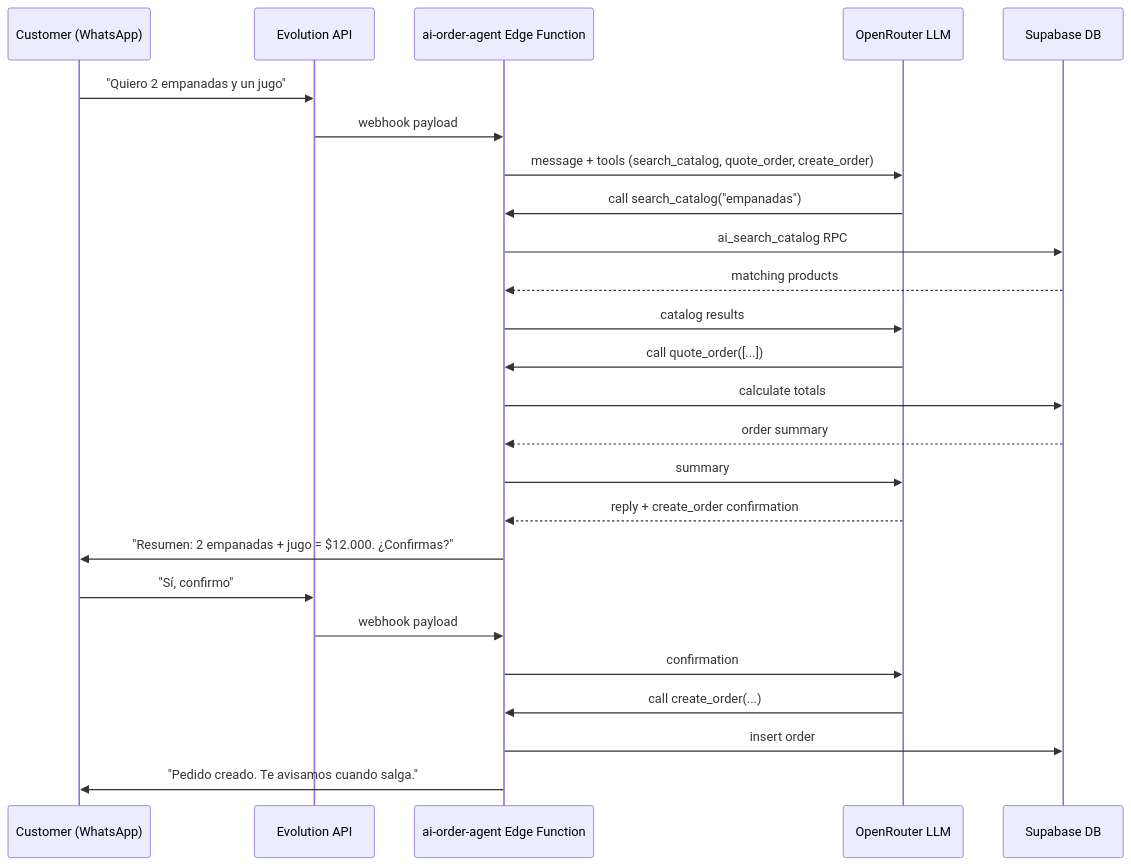
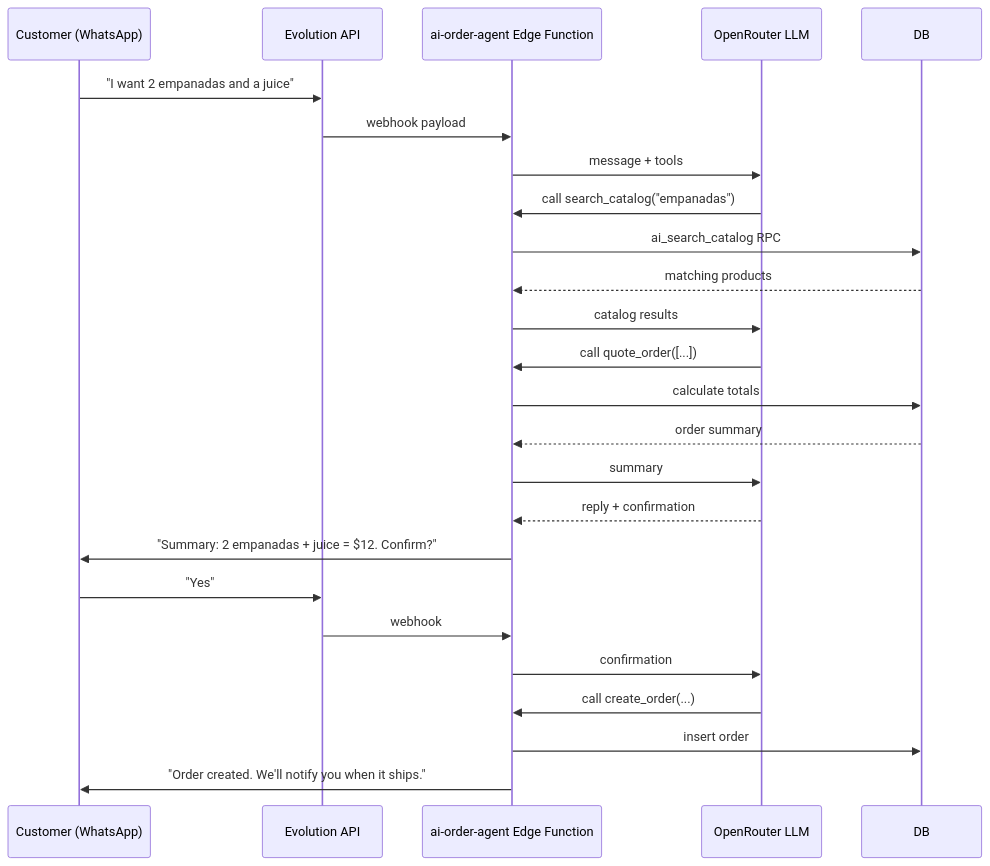
Before and after one commit to MuhamedZanabal/ZAIPOS: diagram 11 of 16 in README.md, drawn with Mermaid. The commit also changed other lines of this file, not shown here.

````diff
--- a/README.md
+++ b/README.md
@@ -333,28 +520,28 @@
 ```mermaid
 sequenceDiagram
-    participant C as Customer (WhatsApp)
-    participant E as Evolution API
+    participant Customer as Customer (WhatsApp)
+    participant Evo as Evolution API
     participant EF as ai-order-agent Edge Function
     participant LLM as OpenRouter LLM
-    participant DB as Supabase DB
+    participant DB
 
-    C->>E: "Quiero 2 empanadas y un jugo"
-    E->>EF: webhook payload
-    EF->>LLM: message + tools (search_catalog, quote_order, create_order)
+    Customer->>Evo: "I want 2 empanadas and a juice"
+    Evo->>EF: webhook payload
+    EF->>LLM: message + tools
     LLM->>EF: call search_catalog("empanadas")
     EF->>DB: ai_search_catalog RPC
     DB-->>EF: matching products
     EF->>LLM: catalog results
     LLM->>EF: call quote_order([...])
     EF->>DB: calculate totals
     DB-->>EF: order summary
     EF->>LLM: summary
-    LLM-->>EF: reply + create_order confirmation
-    EF->>C: "Resumen: 2 empanadas + jugo = $12.000. ¿Confirmas?"
-    C->>E: "Sí, confirmo"
-    E->>EF: webhook payload
+    LLM-->>EF: reply + confirmation
+    EF->>Customer: "Summary: 2 empanadas + juice = $12. Confirm?"
+    Customer->>Evo: "Yes"
+    Evo->>EF: webhook
     EF->>LLM: confirmation
     LLM->>EF: call create_order(...)
     EF->>DB: insert order
-    EF->>C: "Pedido creado. Te avisamos cuando salga."
+    EF->>Customer: "Order created. We'll notify you when it ships."
 ```
````
